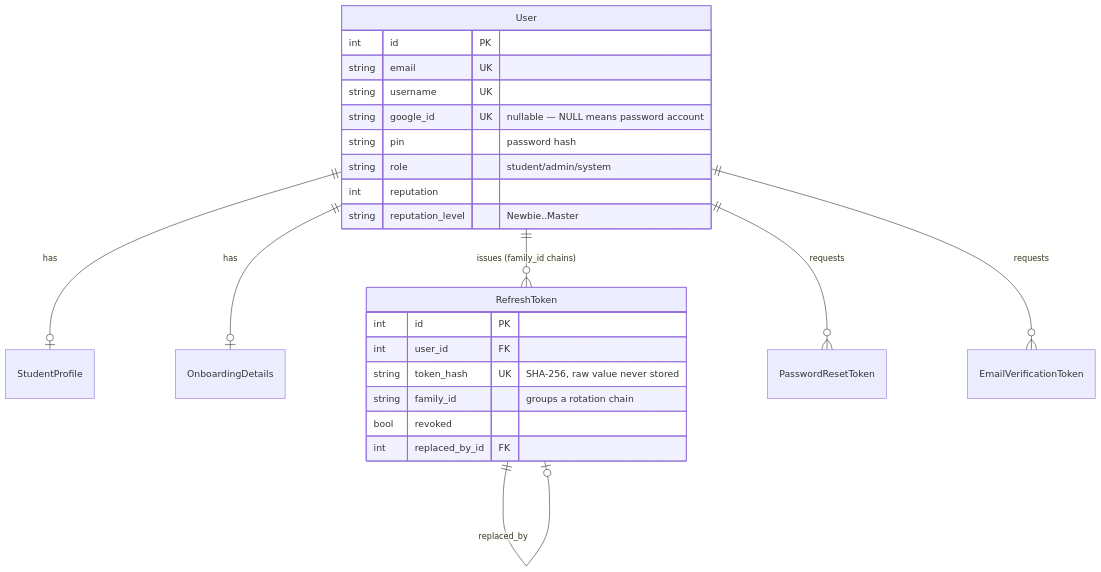
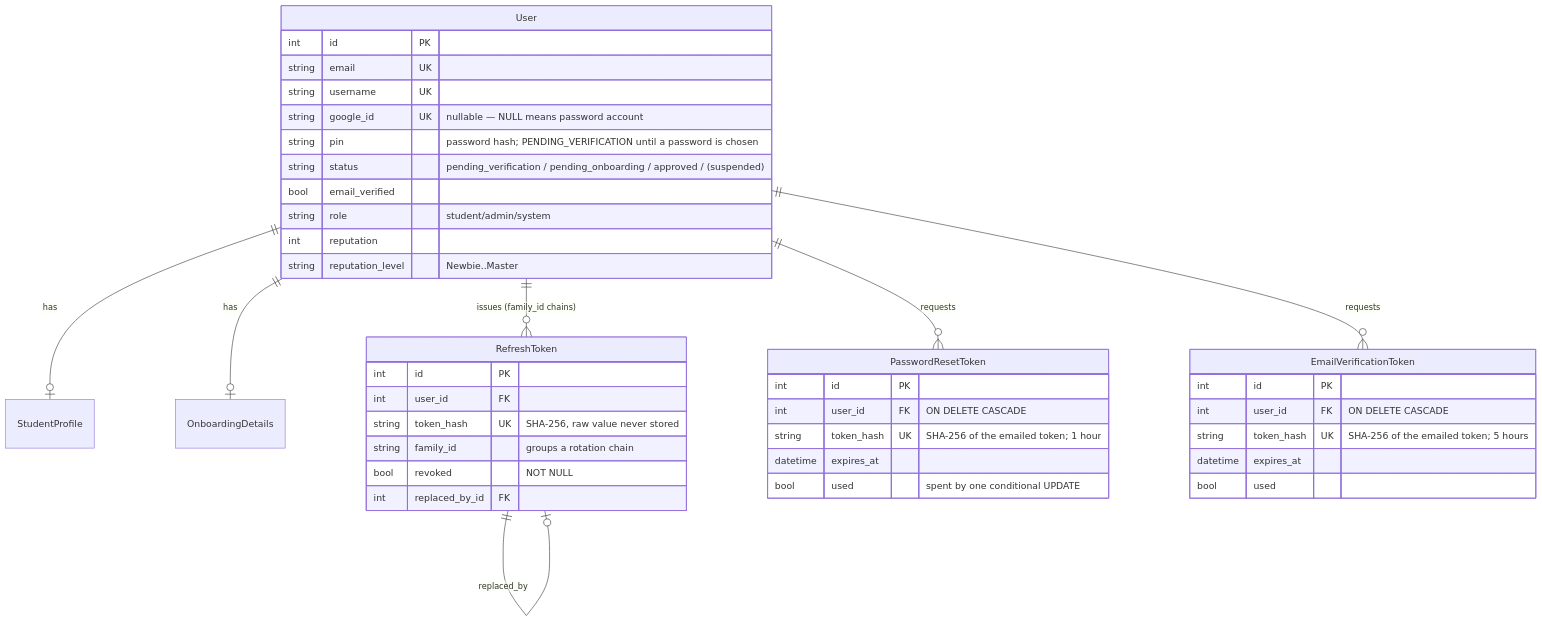
Before and after one commit to Devpaul-01/StudyHub: the fourth of 15 diagrams in ARCHITECTURE.md, drawn with Mermaid. The commit also changed other lines of this file and 3 other files, not shown here.

First line of the commit message:
docs: update architecture, jobs, README and product overview for the auth changes

````diff
--- a/ARCHITECTURE.md
+++ b/ARCHITECTURE.md
@@ -178,28 +178,44 @@
 ```mermaid
 erDiagram
     User ||--o| StudentProfile : has
     User ||--o| OnboardingDetails : has
     User ||--o{ RefreshToken : "issues (family_id chains)"
     User ||--o{ PasswordResetToken : "requests"
     User ||--o{ EmailVerificationToken : "requests"
     RefreshToken ||--o| RefreshToken : "replaced_by"
 
     User {
         int id PK
         string email UK
         string username UK
         string google_id UK "nullable — NULL means password account"
-        string pin "password hash"
+        string pin "password hash; PENDING_VERIFICATION until a password is chosen"
+        string status "pending_verification / pending_onboarding / approved / (suspended)"
+        bool email_verified
         string role "student/admin/system"
         int reputation
         string reputation_level "Newbie..Master"
     }
     RefreshToken {
         int id PK
         int user_id FK
         string token_hash UK "SHA-256, raw value never stored"
         string family_id "groups a rotation chain"
-        bool revoked
+        bool revoked "NOT NULL"
         int replaced_by_id FK
     }
+    PasswordResetToken {
+        int id PK
+        int user_id FK "ON DELETE CASCADE"
+        string token_hash UK "SHA-256 of the emailed token; 1 hour"
+        datetime expires_at
+        bool used "spent by one conditional UPDATE"
+    }
+    EmailVerificationToken {
+        int id PK
+        int user_id FK "ON DELETE CASCADE"
+        string token_hash UK "SHA-256 of the emailed token; 5 hours"
+        datetime expires_at
+        bool used
+    }
 ```
````
